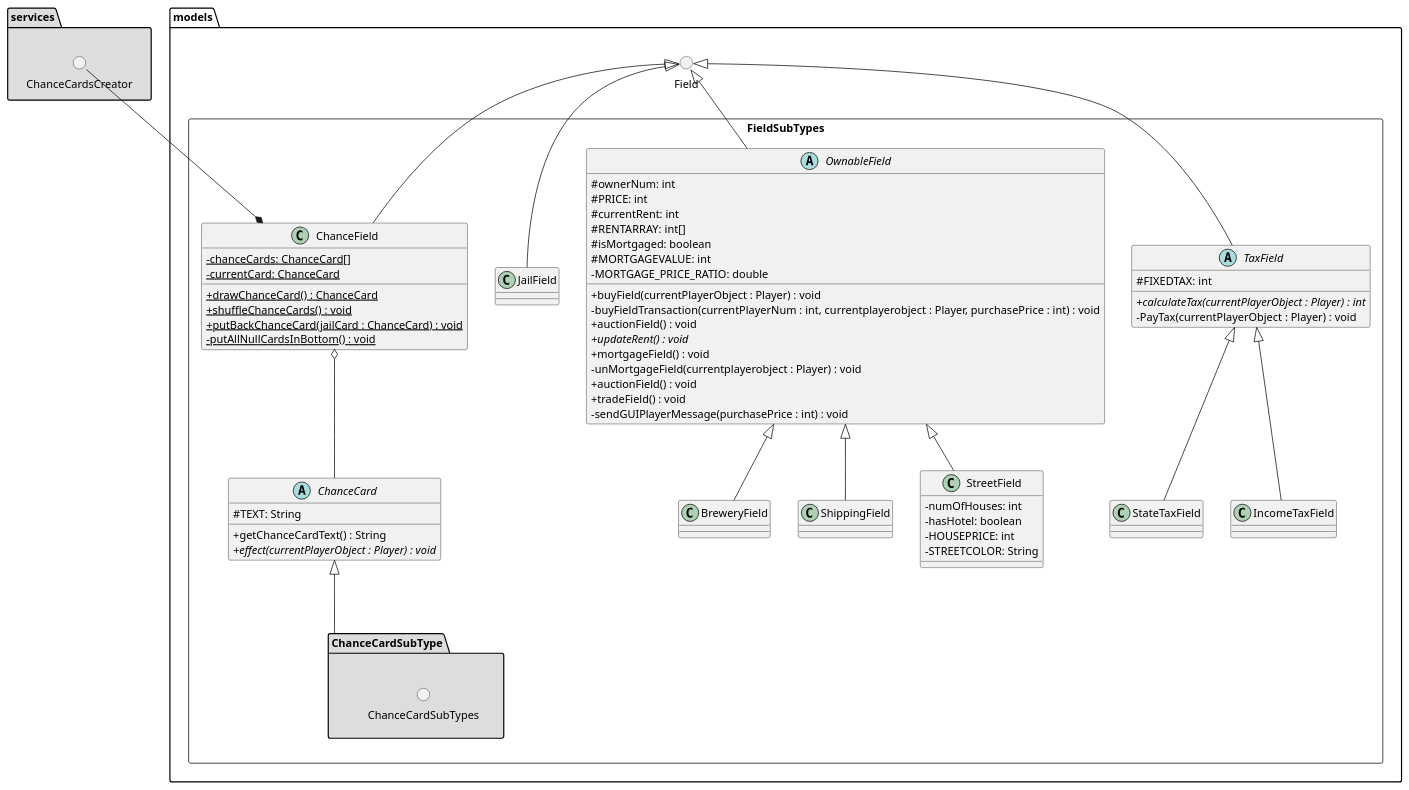
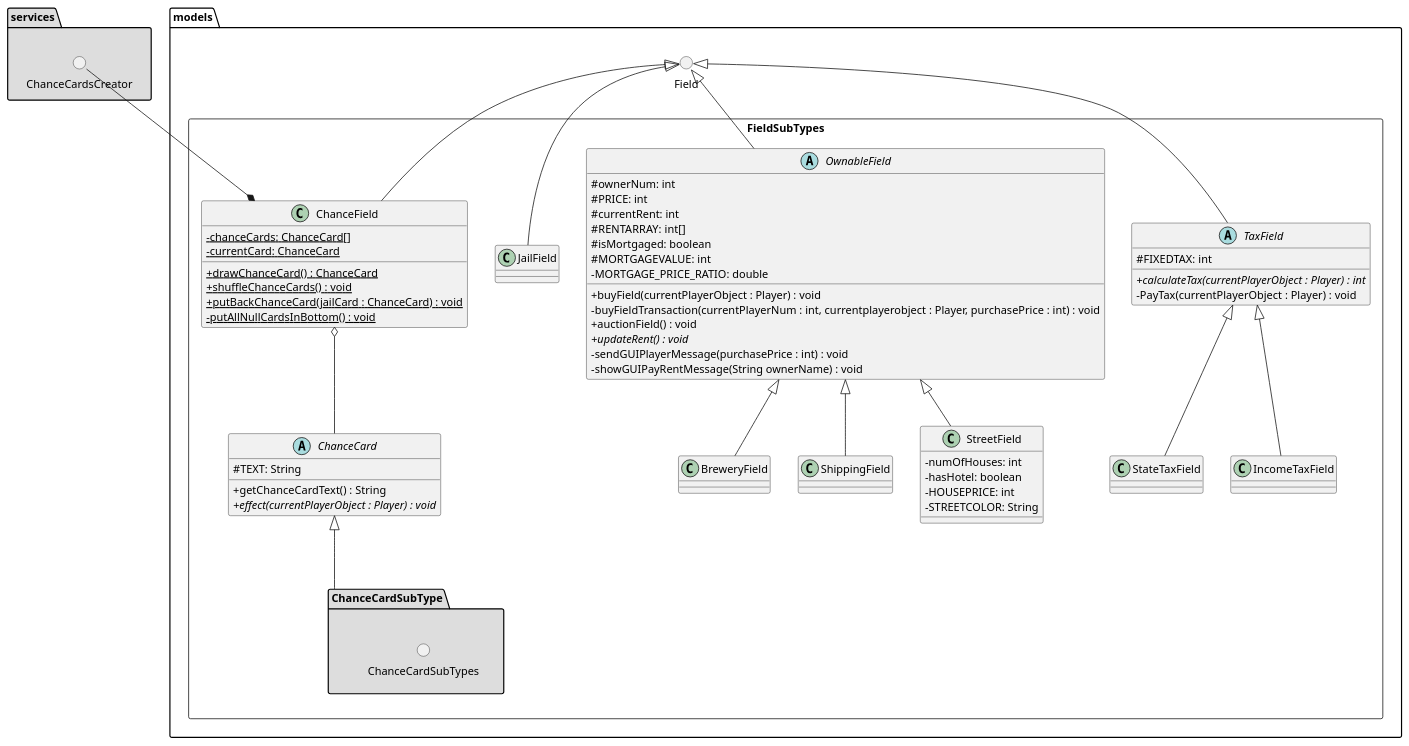
The diagram in 18_final/UML/DesignClassDiagram/FieldSubTypes.puml (GabeKierk889/gruppe-18), drawn with PlantUML before and after one commit. The commit also changed 12 other files, not shown here.

Commit message:
Updated class diagrams Added endGame method

```diff
--- a/18_final/UML/DesignClassDiagram/FieldSubTypes.puml
+++ b/18_final/UML/DesignClassDiagram/FieldSubTypes.puml
@@ -1,118 +1,116 @@
 @startuml
 'https://plantuml.com/class-diagram
 
 
 skinparam classAttributeIconSize 0
 
 skinparam ParticipantPadding 30
 
 
 package  services #DDDDDD {
 () ChanceCardsCreator
 }
 
 package models {
 () Field
 
 package FieldSubTypes <<Rectangle>> {
 
 
 class ChanceField {
     {static}-chanceCards: ChanceCard[]
     {static}-currentCard: ChanceCard
 
     {static}+drawChanceCard() : ChanceCard
     {static}+shuffleChanceCards() : void
     {static}+putBackChanceCard(jailCard : ChanceCard) : void
     {static}-putAllNullCardsInBottom() : void
 }
 abstract class ChanceCard {
 #TEXT: String
 +getChanceCardText() : String
 {abstract}+effect(currentPlayerObject : Player) : void
 }
 
 package ChanceCardSubType #DDDDDD {
 
 () ChanceCardSubTypes
 
 
 
 }
 
 
 abstract class OwnableField {
         #ownerNum: int
         #PRICE: int
         #currentRent: int
         #RENTARRAY: int[]
         #isMortgaged: boolean
         #MORTGAGEVALUE: int
         -MORTGAGE_PRICE_RATIO: double
 
         +buyField(currentPlayerObject : Player) : void
         -buyFieldTransaction(currentPlayerNum : int, currentplayerobject : Player, purchasePrice : int) : void
         +auctionField() : void
         {abstract}+updateRent() : void
-        +mortgageField() : void
-        -unMortgageField(currentplayerobject : Player) : void
-        +auctionField() : void
-        +tradeField() : void
         -sendGUIPlayerMessage(purchasePrice : int) : void
+        -showGUIPayRentMessage(String ownerName) : void
+
 }
 
 class StreetField {
     -numOfHouses: int
     -hasHotel: boolean
     -HOUSEPRICE: int
     -STREETCOLOR: String
 
 }
 
 class BreweryField {
 
 }
 
 class ShippingField {
 
 }
 
 
 class JailField {
 
 }
 
 abstract class TaxField {
     #FIXEDTAX: int
 
     {abstract}+calculateTax(currentPlayerObject : Player) : int
     -PayTax(currentPlayerObject : Player) : void
 }
 
 class StateTaxField {
 
 }
 
 class IncomeTaxField {
 
 }
 
 }
 
 }
 
 
 ChanceCardsCreator --* ChanceField
 ChanceField o-- ChanceCard
 ChanceCard <|--- ChanceCardSubType
 OwnableField <|-- StreetField
 Field <|-- ChanceField
 Field <|-- JailField
 Field <|-- TaxField
 Field <|-- OwnableField
 OwnableField <|-- BreweryField
 OwnableField <|-- ShippingField
 TaxField <|-- StateTaxField
 TaxField <|-- IncomeTaxField
 
 @enduml
```
